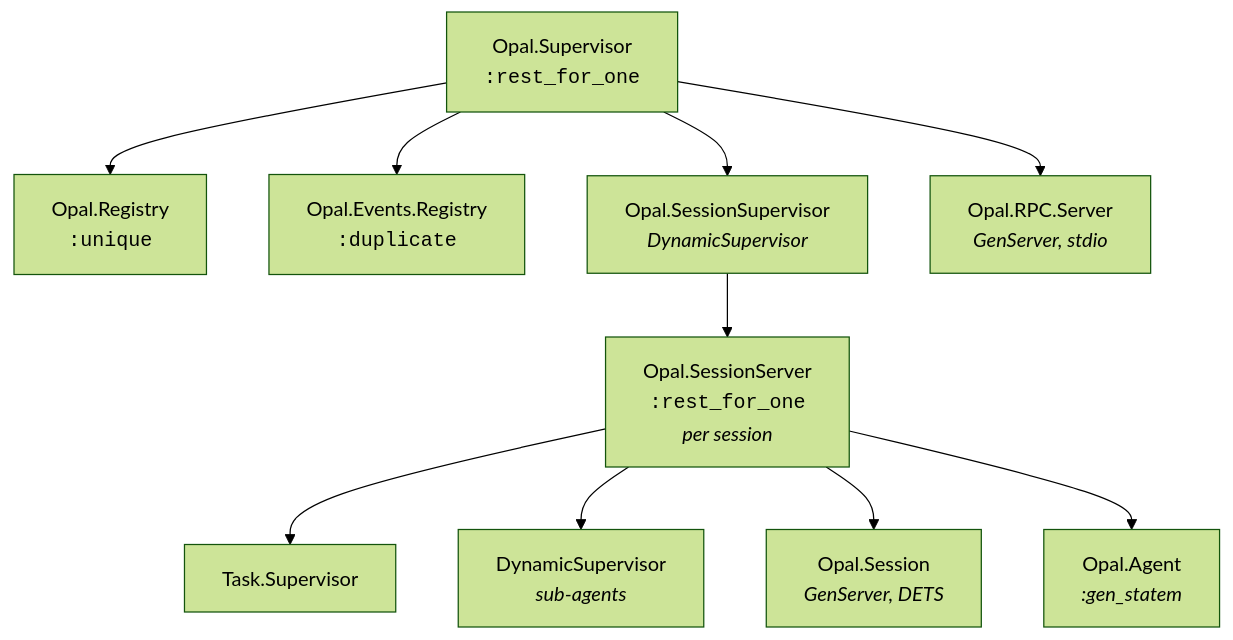
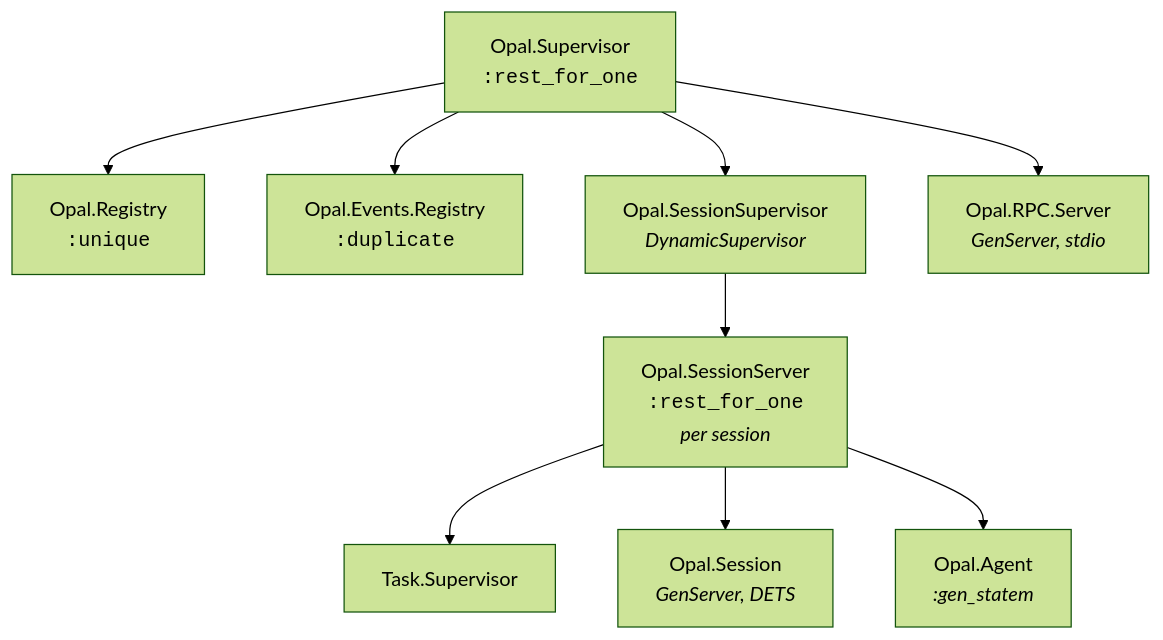
Before and after one commit to matteing/opal: the fourth of 11 diagrams in docs/daemon-mode.md, drawn with Mermaid (forest theme). The commit also changed other lines of this file and 65 other files, not shown here.

````diff
--- a/docs/daemon-mode.md
+++ b/docs/daemon-mode.md
@@ -144,14 +144,13 @@
 ```mermaid
 graph TD
     Sup["Opal.Supervisor<br/><code>:rest_for_one</code>"]
     Sup --> Reg["Opal.Registry<br/><code>:unique</code>"]
     Sup --> EvReg["Opal.Events.Registry<br/><code>:duplicate</code>"]
     Sup --> SeSup["Opal.SessionSupervisor<br/><i>DynamicSupervisor</i>"]
     Sup --> RPC["Opal.RPC.Server<br/><i>GenServer, stdio</i>"]
 
     SeSup --> SS["Opal.SessionServer<br/><code>:rest_for_one</code><br/><i>per session</i>"]
     SS --> TS["Task.Supervisor"]
-    SS --> DS["DynamicSupervisor<br/><i>sub-agents</i>"]
     SS --> Ses["Opal.Session<br/><i>GenServer, DETS</i>"]
     SS --> Ag["Opal.Agent<br/><i>:gen_statem</i>"]
 ```
````
